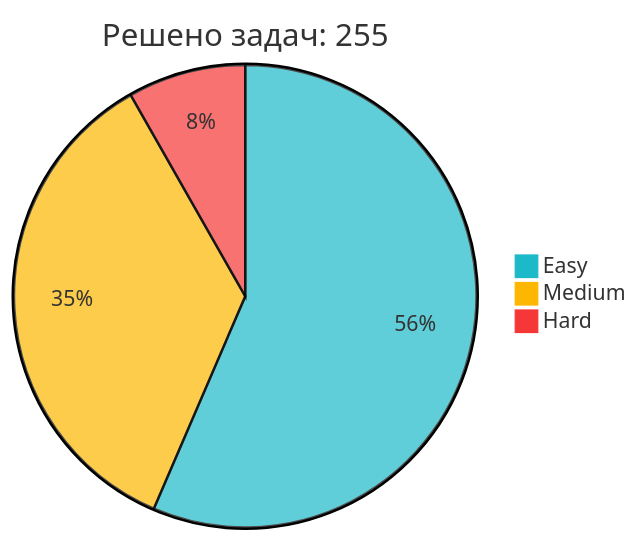
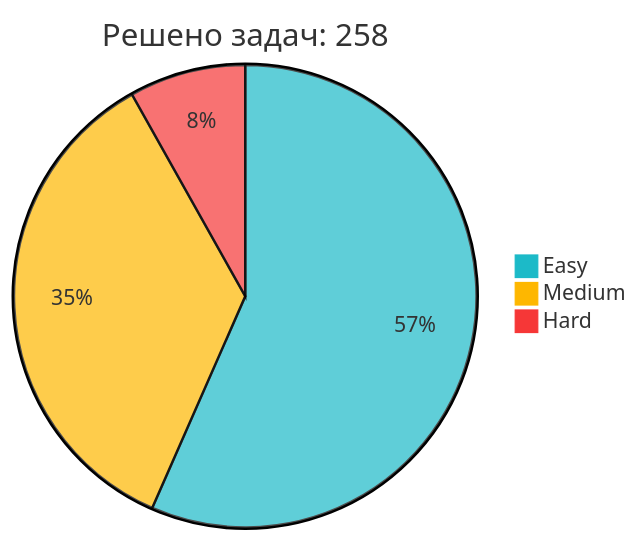
One commit to IliaKurdukov/IliaKurdukov changed the diagram in README.md. Above: the diagram before and after it, drawn with Mermaid. The commit also changed other lines of this file, not shown here.

Commit message:
📈 Обновление статистики LeetCode

````diff
--- a/README.md
+++ b/README.md
@@ -51,7 +51,7 @@
 ```mermaid
 %%{init: {'theme': 'base', 'themeVariables': { 'pie1': '#1CBAC8', 'pie2': '#FEB700', 'pie3': '#F63737' }, 'config': {'width': 300, 'height': 200}}}%%
-pie title Решено задач: 255
-   "Easy" : 144
-   "Medium" : 90
+pie title Решено задач: 258
+   "Easy" : 146
+   "Medium" : 91
    "Hard" : 21
 ```
````
